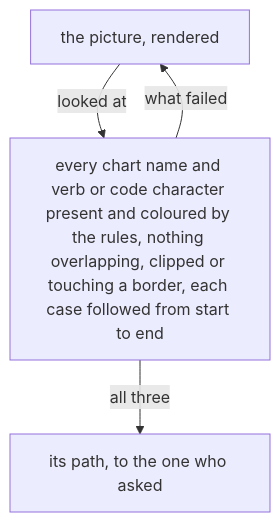
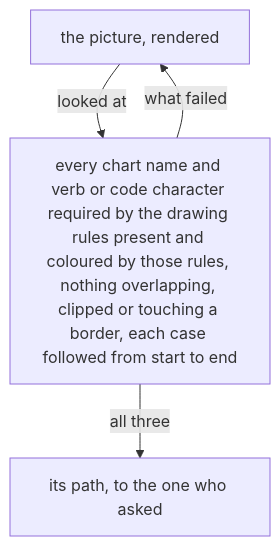
The second of 2 diagrams in notion/visualizer/0.md (LiGoldragon/mind-belief), drawn with Mermaid before and after one commit. The commit also changed other lines of this file and 1 other file, not shown here.

````diff
--- a/notion/visualizer/0.md
+++ b/notion/visualizer/0.md
@@ -104,6 +105,6 @@
 ```mermaid
 flowchart TB
-    p["the picture, rendered"] -- "looked at" --> q["every chart name and verb or code character present and coloured by the rules, nothing overlapping, clipped or touching a border, each case followed from start to end"]
+    p["the picture, rendered"] -- "looked at" --> q["every chart name and verb or code character required by the drawing rules present and coloured by those rules, nothing overlapping, clipped or touching a border, each case followed from start to end"]
     q -- "what failed" --> p
     q -- "all three" --> h["its path, to the one who asked"]
 ```
````
